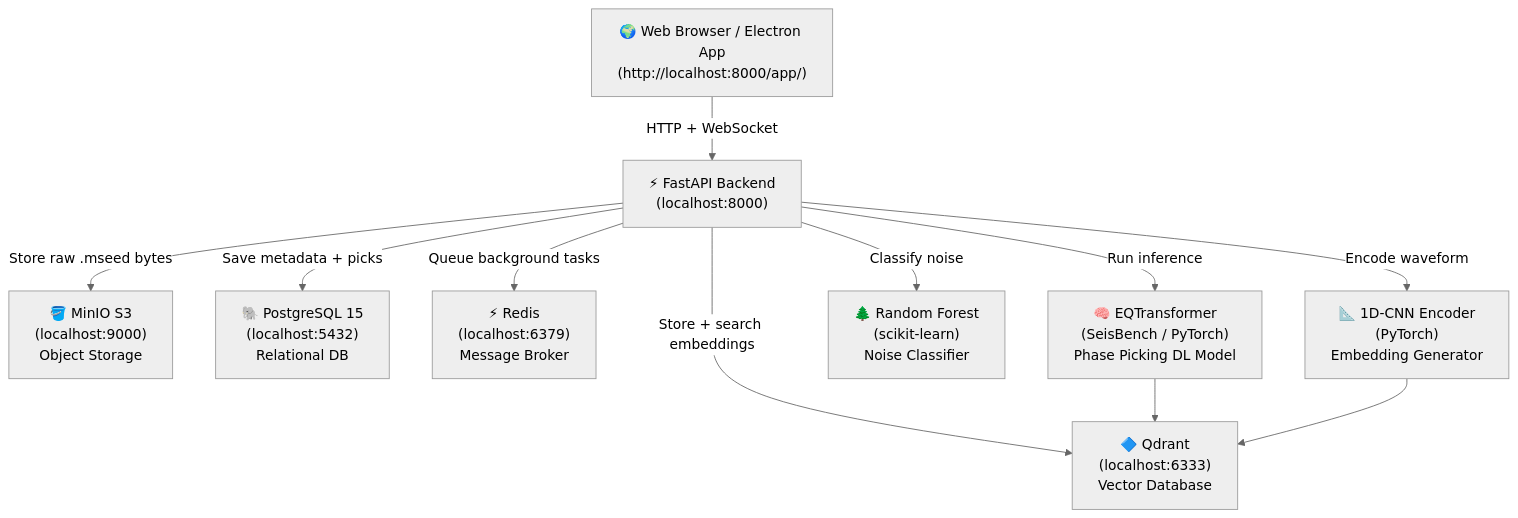
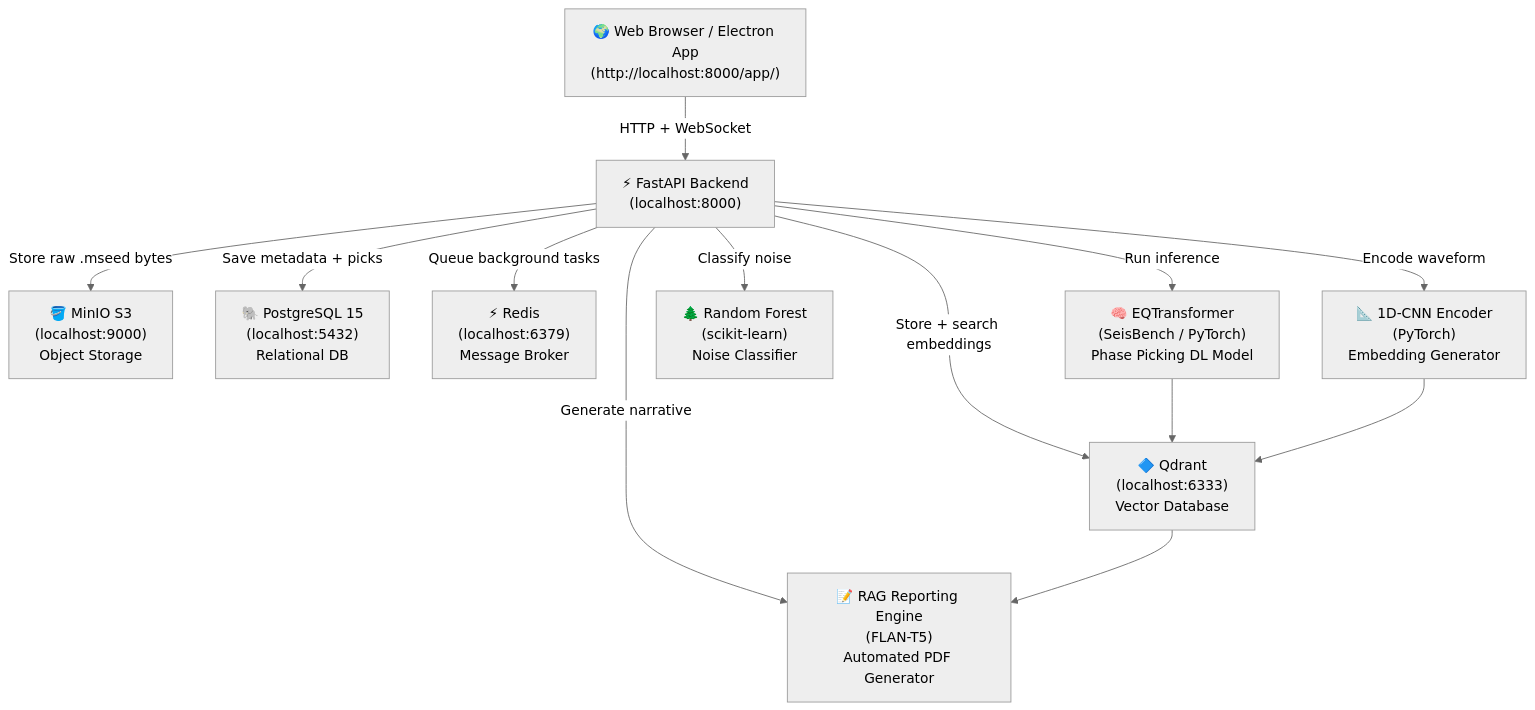
One commit to HenokAnil/SeismoDetect changed the diagram in seismodetect_guide.md. Above: the diagram before and after it, drawn with Mermaid (neutral theme). The commit also changed other lines of this file and 4 other files, not shown here.

````diff
--- a/seismodetect_guide.md
+++ b/seismodetect_guide.md
@@ -37,18 +37,20 @@
 ```mermaid
 graph TD
     A["🌍 Web Browser / Electron App\n(http://localhost:8000/app/)"] -->|HTTP + WebSocket| B
 
     B["⚡ FastAPI Backend\n(localhost:8000)"]
 
     B -->|Store raw .mseed bytes| C["🪣 MinIO S3\n(localhost:9000)\nObject Storage"]
     B -->|Save metadata + picks| D["🐘 PostgreSQL 15\n(localhost:5432)\nRelational DB"]
     B -->|Queue background tasks| E["⚡ Redis\n(localhost:6379)\nMessage Broker"]
     B -->|Store + search embeddings| F["🔷 Qdrant\n(localhost:6333)\nVector Database"]
 
     B -->|Run inference| G["🧠 EQTransformer\n(SeisBench / PyTorch)\nPhase Picking DL Model"]
     B -->|Classify noise| H["🌲 Random Forest\n(scikit-learn)\nNoise Classifier"]
     B -->|Encode waveform| I["📐 1D-CNN Encoder\n(PyTorch)\nEmbedding Generator"]
+    B -->|Generate narrative| J["📝 RAG Reporting Engine\n(FLAN-T5)\nAutomated PDF Generator"]
 
     G --> F
     I --> F
+    F --> J
 ```
````
